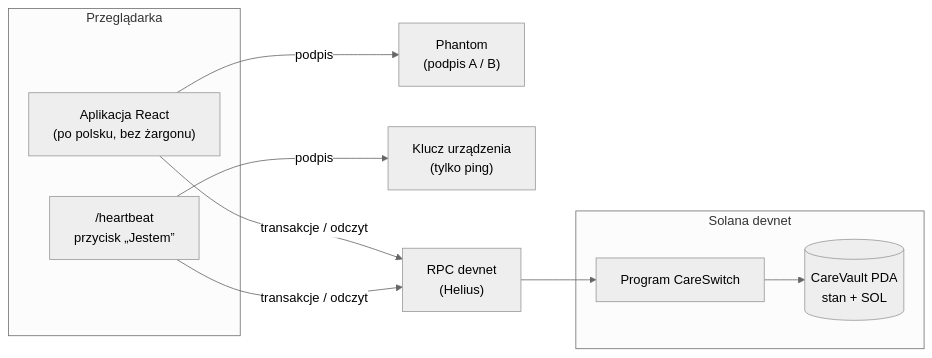
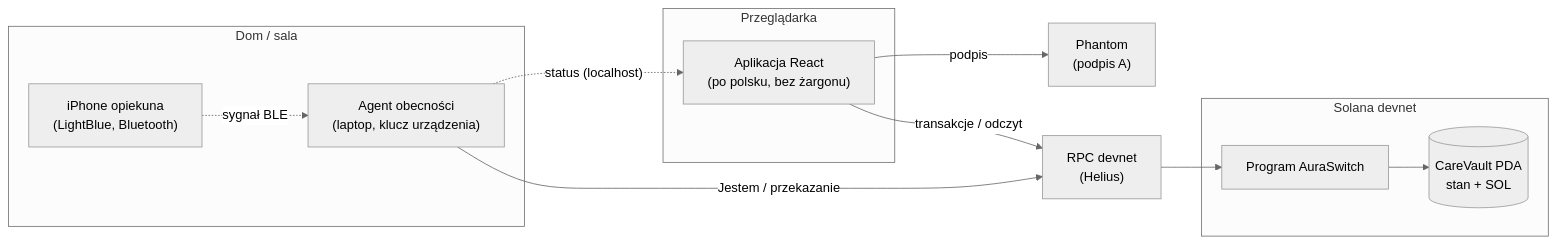
Before and after one commit to wavymejti/AuraSwitch: the second of 2 diagrams in README.md, drawn with Mermaid (neutral theme). The commit also changed other lines of this file, not shown here.

First line of the commit message:
README: AuraSwitch, automatic release to the substitute, app routes

````diff
--- a/README.md
+++ b/README.md
@@ -150,17 +145,22 @@
 ```mermaid
 flowchart LR
-    subgraph Przeglądarka
+    subgraph home["Dom / sala"]
+      PHONE["iPhone opiekuna<br/>(LightBlue, Bluetooth)"]
+      AGENT["Agent obecności<br/>(laptop, klucz urządzenia)"]
+    end
+    subgraph browser["Przeglądarka"]
       UI["Aplikacja React<br/>(po polsku, bez żargonu)"]
-      HB["/heartbeat<br/>przycisk „Jestem”"]
     end
-    PH["Phantom<br/>(podpis A / B)"]
-    DEV["Klucz urządzenia<br/>(tylko ping)"]
+    PH["Phantom<br/>(podpis A)"]
     RPC["RPC devnet<br/>(Helius)"]
-    subgraph Solana devnet
-      P["Program CareSwitch"]
+    subgraph chain["Solana devnet"]
+      P["Program AuraSwitch"]
       V[("CareVault PDA<br/>stan + SOL")]
     end
-    UI -- podpis --> PH
-    HB -- podpis --> DEV
-    UI & HB -- transakcje / odczyt --> RPC --> P --> V
+    PHONE -.->|"sygnał BLE"| AGENT
+    AGENT -->|"Jestem / przekazanie"| RPC
+    UI -->|"podpis"| PH
+    UI -->|"transakcje / odczyt"| RPC
+    RPC --> P --> V
+    AGENT -.->|"status (localhost)"| UI
 ```
````
